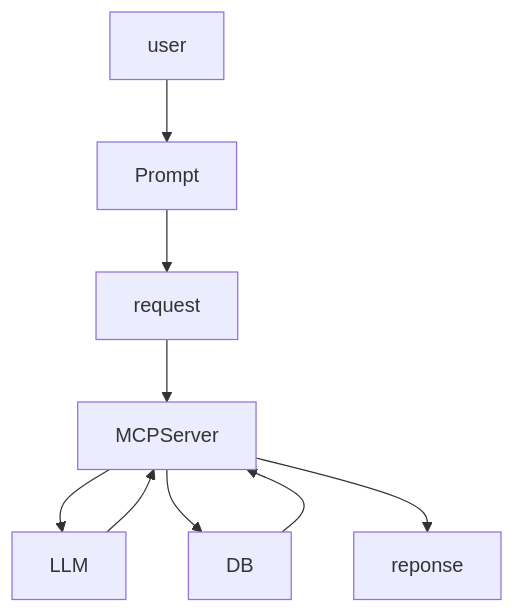
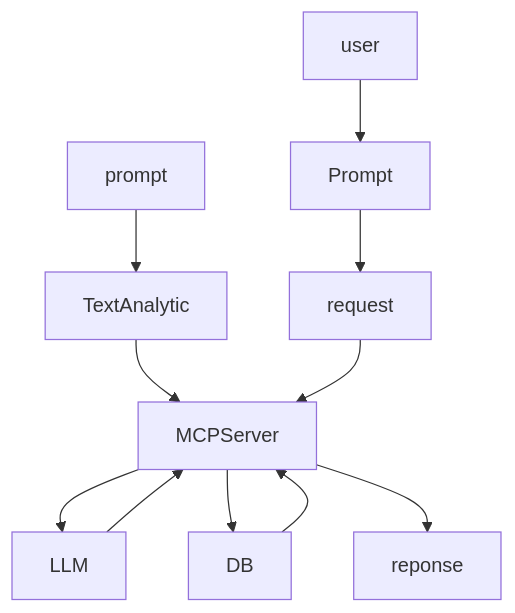
The diagram in README.md (MaaeYeng2517/MCP-Server-All), drawn with Mermaid before and after one commit.

````diff
--- a/README.md
+++ b/README.md
@@ -14,11 +14,13 @@
 ```mermaid
 graph TD;
     user-->Prompt;
+    prompt-->TextAnalytic;
+    TextAnalytic-->MCPServer;
     Prompt-->request;
     request-->MCPServer;
     MCPServer-->LLM;
     MCPServer-->DB;
     DB-->MCPServer;
     LLM-->MCPServer;
     MCPServer-->reponse;
 ```
````
